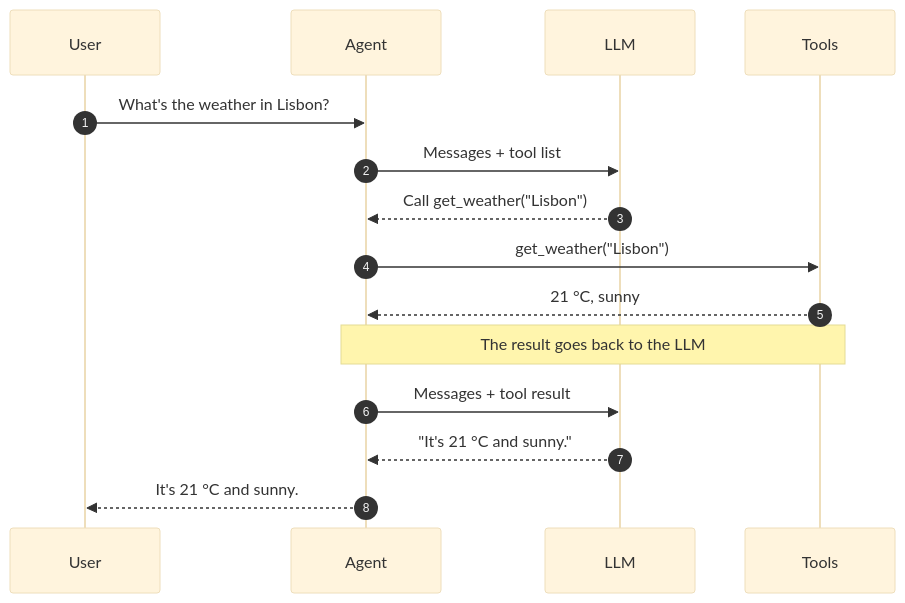
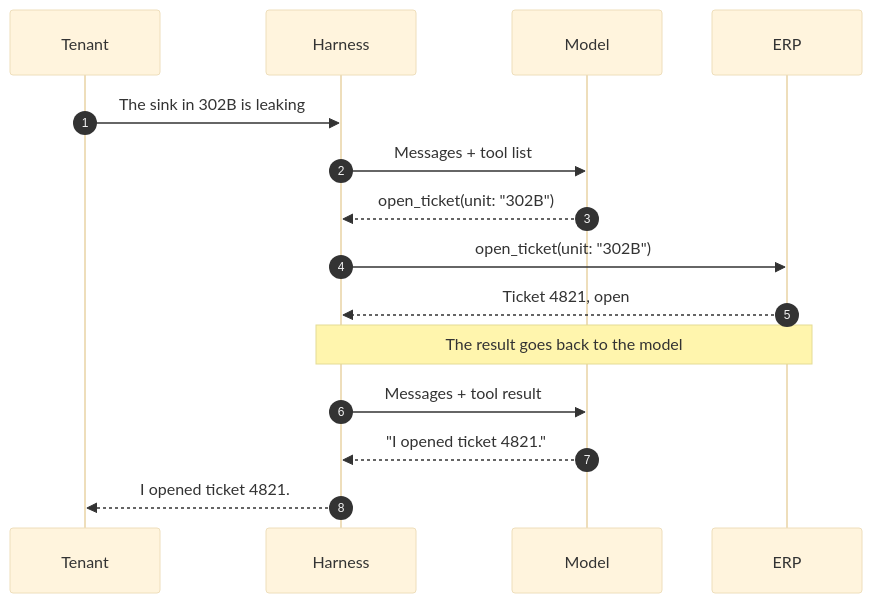
The fifth of 42 diagrams in showcase/slides.md (arthurbm/slidev-addon-pele), drawn with Mermaid (base theme) before and after one commit. The commit also changed other lines of this file and 3 other files, not shown here.

````diff
--- a/showcase/slides.md
+++ b/showcase/slides.md
@@ -169,17 +292,17 @@
-```mermaid {1|2-3|4-5|6-7|8|*}{scale: 0.7}
+```mermaid {1|2-3|4-5|6-7|8|*}{scale: 0.72}
 sequenceDiagram
   autonumber
-  participant U as User
-  participant A as Agent
-  participant L as LLM
-  participant T as Tools
-  U->>A: What's the weather in Lisbon?
-  A->>L: Messages + tool list
-  L-->>A: Call get_weather("Lisbon")
-  A->>T: get_weather("Lisbon")
-  T-->>A: 21 °C, sunny
-  Note over A,T: The result goes back to the LLM
-  A->>L: Messages + tool result
-  L-->>A: "It's 21 °C and sunny."
-  A-->>U: It's 21 °C and sunny.
+  participant T as Tenant
+  participant H as Harness
+  participant M as Model
+  participant E as ERP
+  T->>H: The sink in 302B is leaking
+  H->>M: Messages + tool list
+  M-->>H: open_ticket(unit: "302B")
+  H->>E: open_ticket(unit: "302B")
+  E-->>H: Ticket 4821, open
+  Note over H,E: The result goes back to the model
+  H->>M: Messages + tool result
+  M-->>H: "I opened ticket 4821."
+  H-->>T: I opened ticket 4821.
 ```
````
